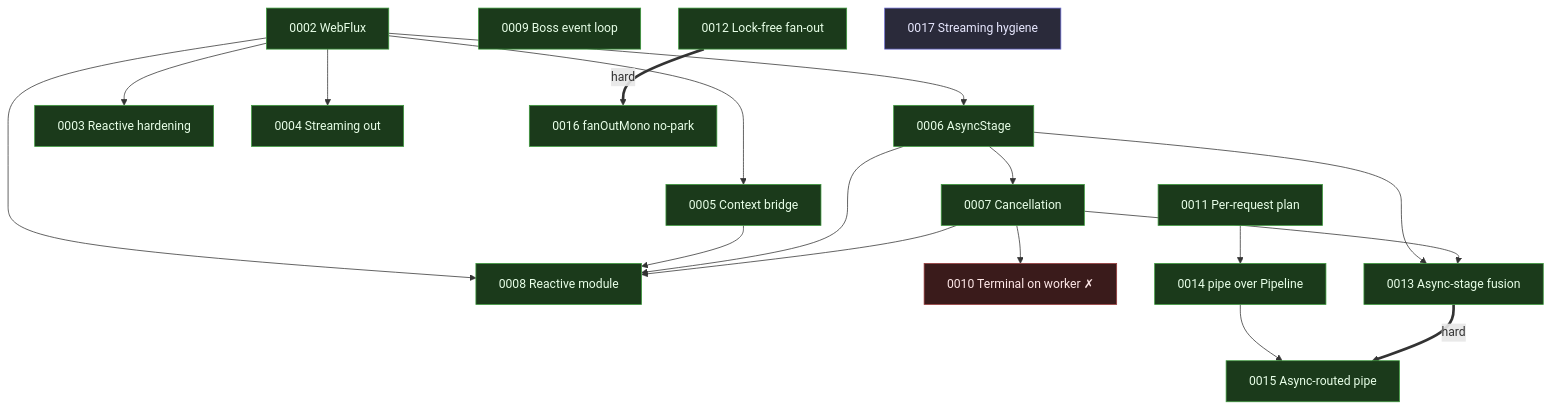
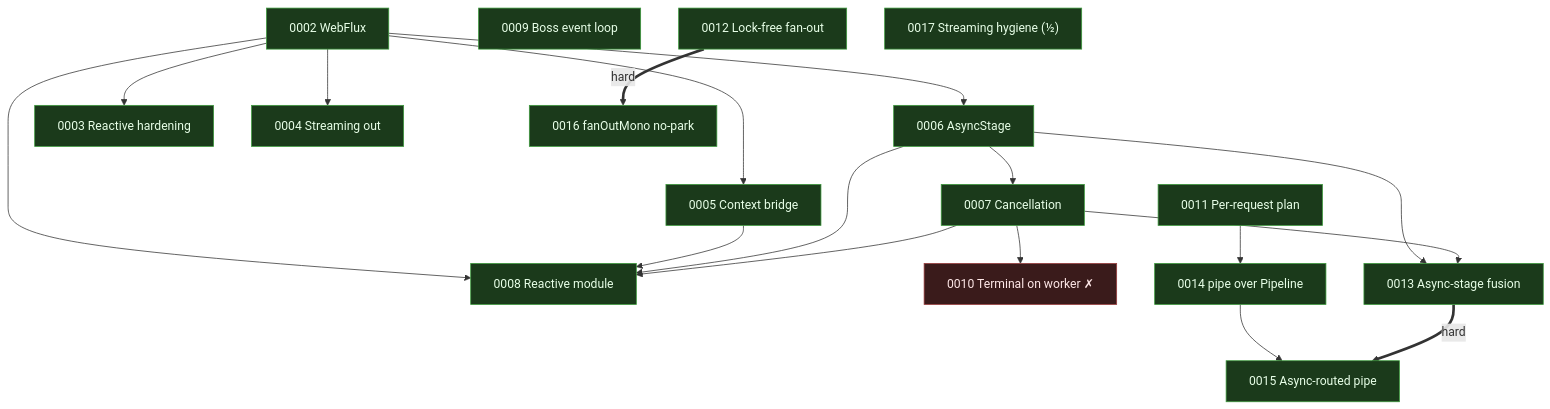
Before and after one commit to fabiangftech/nioflow: the diagram in docs/rfc/0000-index.md, drawn with Mermaid. The commit also changed other lines of this file and 8 other files, not shown here.

````diff
--- a/docs/rfc/0000-index.md
+++ b/docs/rfc/0000-index.md
@@ -37,40 +38,40 @@
 ```mermaid
 flowchart TD
     classDef done fill:#1b3a1b,stroke:#3c9a3c,color:#e8ffe8
     classDef prop fill:#2a2a3a,stroke:#6a6ad0,color:#e8e8ff
     classDef rej fill:#3a1b1b,stroke:#9a3c3c,color:#ffe8e8
     classDef hard stroke-width:3px
 
     %% ── implemented (0001–0008) ──
     R0002["0002 WebFlux"]:::done
     R0006["0006 AsyncStage"]:::done
     R0007["0007 Cancellation"]:::done
     R0002 --> R0006 --> R0007
     R0002 --> R0003["0003 Reactive hardening"]:::done
     R0002 --> R0004["0004 Streaming out"]:::done
     R0002 --> R0005["0005 Context bridge"]:::done
     R0002 --> R0008["0008 Reactive module"]:::done
     R0005 --> R0008
     R0006 --> R0008
     R0007 --> R0008
 
     %% ── proposed core (0009–0013) ──
     R0009["0009 Boss event loop"]:::done
     R0010["0010 Terminal on worker ✗"]:::rej
     R0011["0011 Per-request plan"]:::done
     R0012["0012 Lock-free fan-out"]:::done
     R0013["0013 Async-stage fusion"]:::done
     R0007 --> R0010
     R0006 --> R0013
     R0007 --> R0013
 
     %% ── proposed reactive (0014–0017) ──
     R0014["0014 pipe over Pipeline"]:::done
     R0015["0015 Async-routed pipe"]:::done
     R0016["0016 fanOutMono no-park"]:::done
-    R0017["0017 Streaming hygiene"]:::prop
+    R0017["0017 Streaming hygiene (½)"]:::done
     R0011 --> R0014
     R0014 --> R0015
     R0013 == hard ==> R0015
     R0012 == hard ==> R0016
 ```
````
